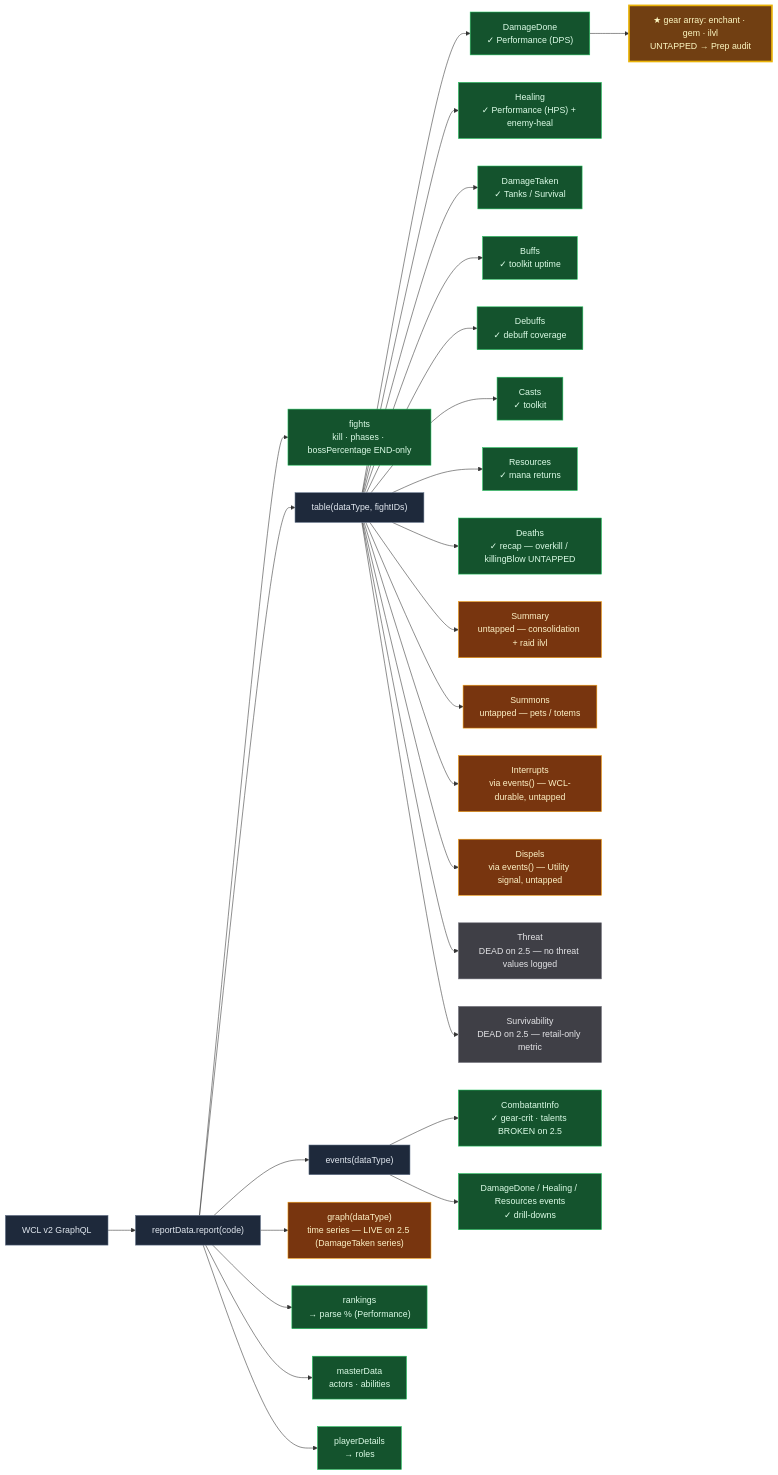
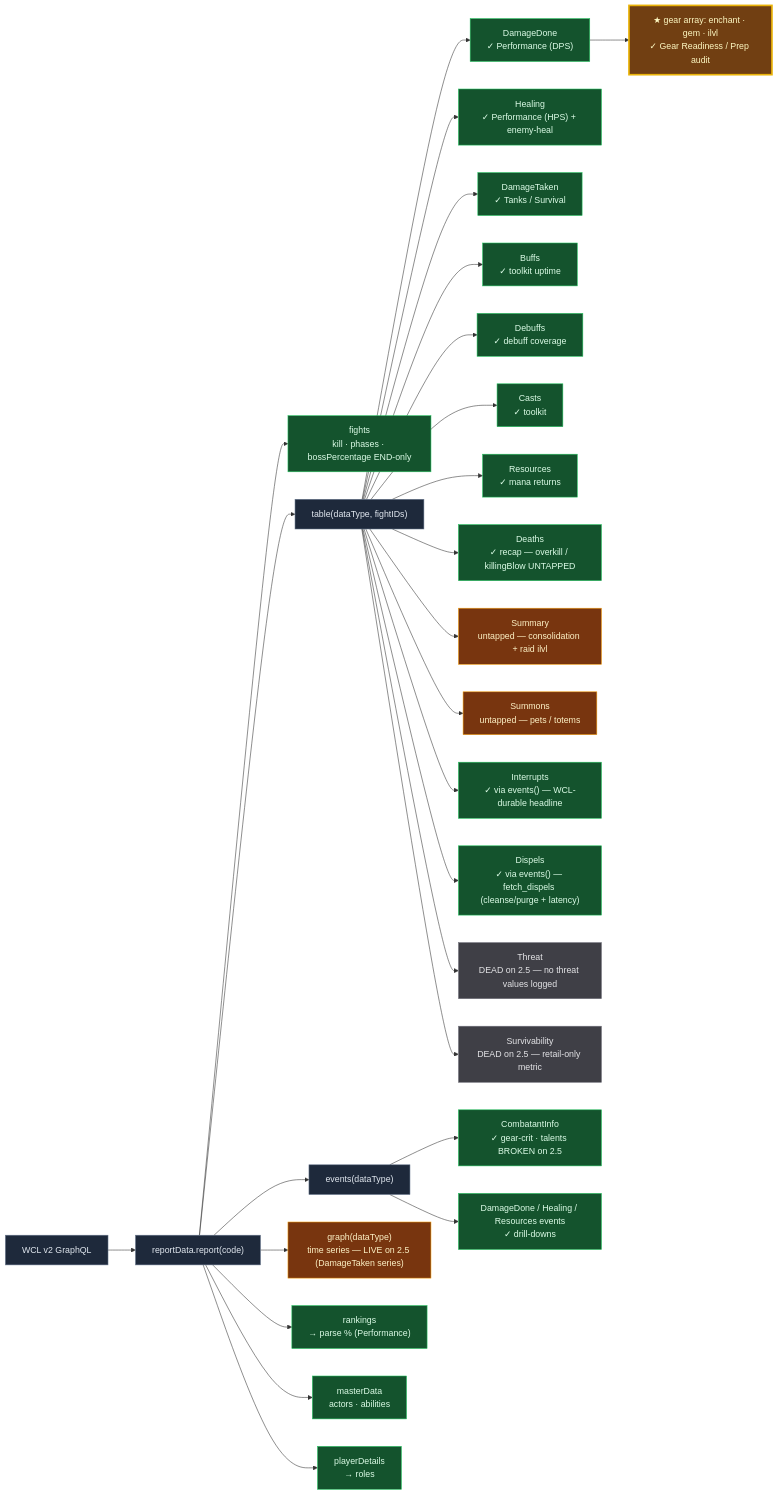
One commit to jketch/tbc-raid-kpi changed the diagram in docs/WCL_API_SURFACE.md. Above: the diagram before and after it, drawn with Mermaid. The commit also changed other lines of this file, not shown here.

First line of the commit message:
docs(wcl): reclassify shipped nodes (Interrupts/Dispels/gear audit) from untapped to used

````diff
--- a/docs/WCL_API_SURFACE.md
+++ b/docs/WCL_API_SURFACE.md
@@ -17,42 +17,42 @@
 ```mermaid
 graph LR
   API["WCL v2 GraphQL"] --> R["reportData.report(code)"]
   R --> F["fights<br/>kill · phases · bossPercentage END-only"]
   R --> T["table(dataType, fightIDs)"]
   R --> E["events(dataType)"]
   R --> G["graph(dataType)<br/>time series — LIVE on 2.5 (DamageTaken series)"]
   R --> RK["rankings<br/>→ parse % (Performance)"]
   R --> MD["masterData<br/>actors · abilities"]
   R --> PD["playerDetails<br/>→ roles"]
 
   T --> DD["DamageDone<br/>✓ Performance (DPS)"]
-  DD --> GEAR["★ gear array: enchant · gem · ilvl<br/>UNTAPPED → Prep audit"]
+  DD --> GEAR["★ gear array: enchant · gem · ilvl<br/>✓ Gear Readiness / Prep audit"]
   T --> HE["Healing<br/>✓ Performance (HPS) + enemy-heal"]
   T --> DT["DamageTaken<br/>✓ Tanks / Survival"]
   T --> BU["Buffs<br/>✓ toolkit uptime"]
   T --> DE["Debuffs<br/>✓ debuff coverage"]
   T --> CA["Casts<br/>✓ toolkit"]
   T --> RE["Resources<br/>✓ mana returns"]
   T --> DTH["Deaths<br/>✓ recap — overkill / killingBlow UNTAPPED"]
   T --> SU["Summary<br/>untapped — consolidation + raid ilvl"]
   T --> SM["Summons<br/>untapped — pets / totems"]
-  T --> IN["Interrupts<br/>via events() — WCL-durable, untapped"]
-  T --> DI["Dispels<br/>via events() — Utility signal, untapped"]
+  T --> IN["Interrupts<br/>✓ via events() — WCL-durable headline"]
+  T --> DI["Dispels<br/>✓ via events() — fetch_dispels (cleanse/purge + latency)"]
   T --> TH["Threat<br/>DEAD on 2.5 — no threat values logged"]
   T --> SV["Survivability<br/>DEAD on 2.5 — retail-only metric"]
 
   E --> CI["CombatantInfo<br/>✓ gear-crit · talents BROKEN on 2.5"]
   E --> EV["DamageDone / Healing / Resources events<br/>✓ drill-downs"]
 
   classDef used fill:#14532d,stroke:#22c55e,color:#dcfce7;
   classDef untapped fill:#78350f,stroke:#f59e0b,color:#fef3c7;
   classDef dead fill:#3f3f46,stroke:#71717a,color:#e4e4e7;
   classDef star fill:#713f12,stroke:#eab308,color:#fef9c3,stroke-width:3px;
   classDef root fill:#1e293b,stroke:#64748b,color:#e2e8f0;
 
   class API,R,T,E root;
-  class F,DD,HE,DT,BU,DE,CA,RE,DTH,RK,MD,PD,CI,EV used;
-  class SU,SM,G,IN,DI untapped;
+  class F,DD,HE,DT,BU,DE,CA,RE,DTH,RK,MD,PD,CI,EV,IN,DI used;
+  class SU,SM,G untapped;
   class TH,SV dead;
   class GEAR star;
 ```
````
